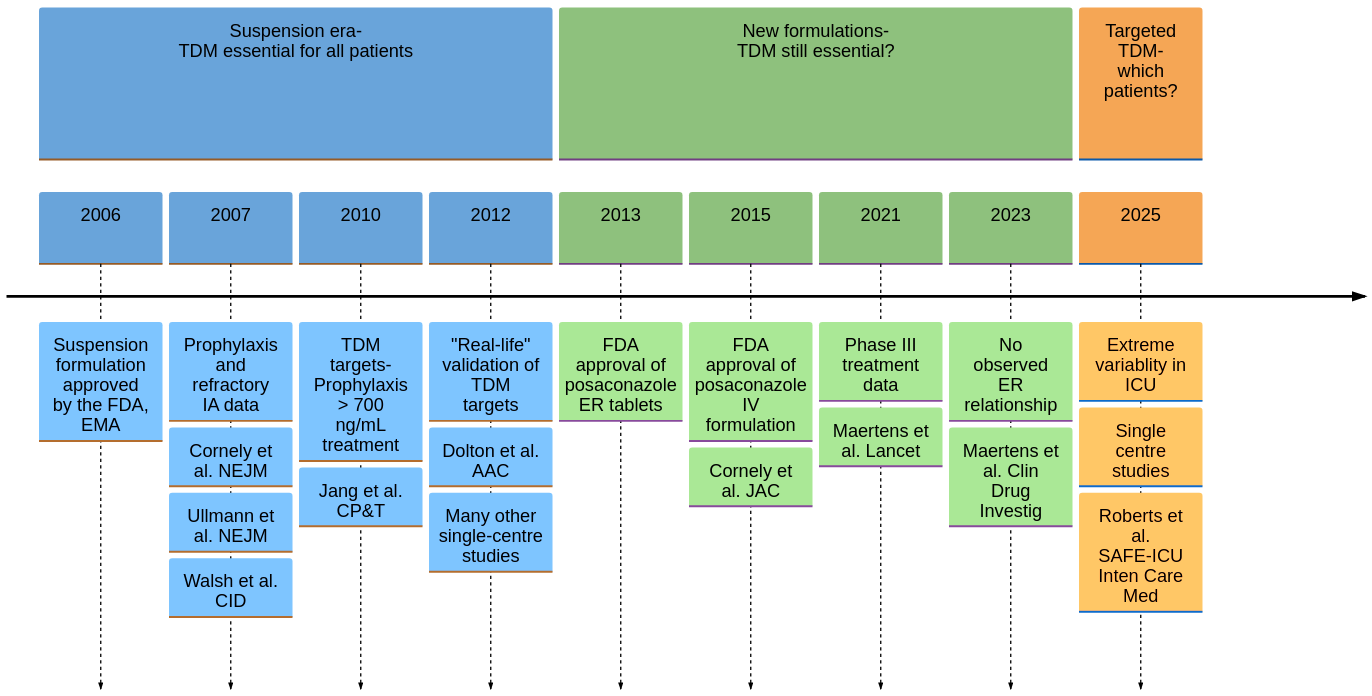
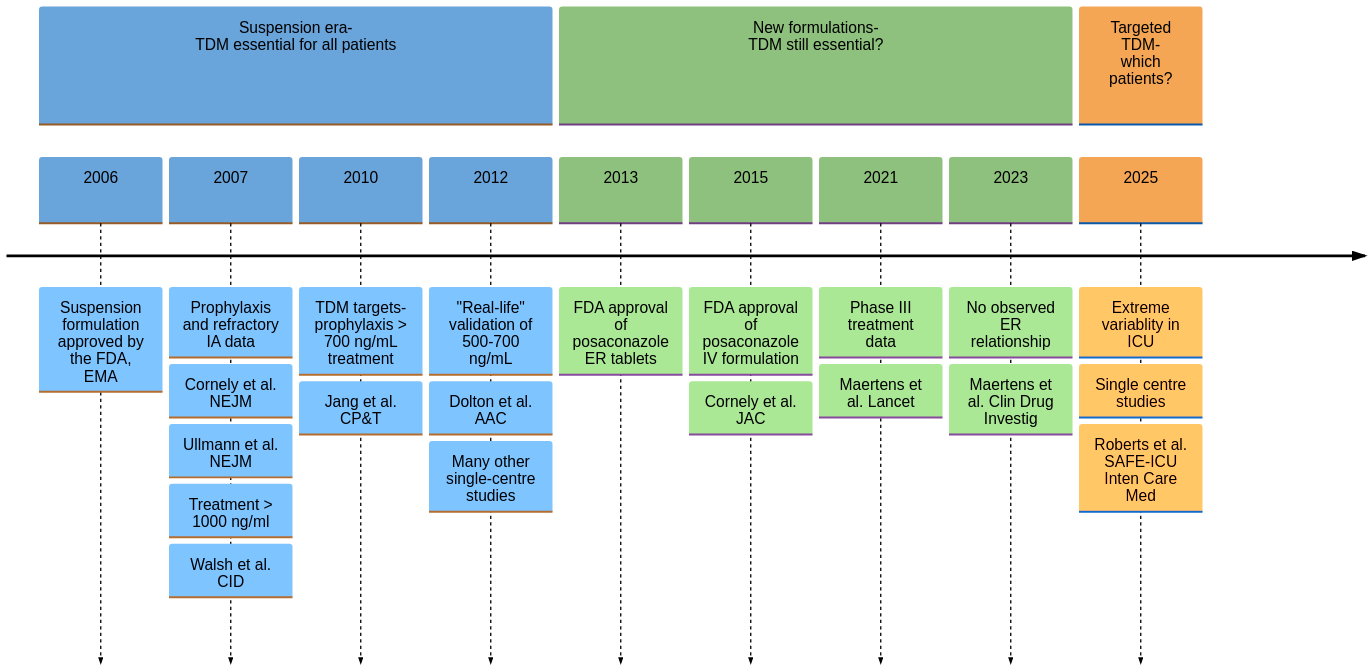
Before and after one commit to Russlewisbo/EPAG: the diagram in Lecture1.qmd, drawn with Mermaid. The commit also changed 2 other files, not shown here.

Commit message:
revision

````diff
--- a/Lecture1.qmd
+++ b/Lecture1.qmd
@@ -52,32 +52,32 @@
 ```{mermaid}
 %%{init: {
     'theme': 'base',
     'themeVariables': {
       'fontFamily': "Arial, sans-serif",
-      'fontSize': '28px',
+      'fontSize': '24px',
       'primaryColor': '#cfe2f3',
       'primaryTextColor': '#000000',
       'primaryBorderColor': '##ffffff',
       'lineColor': '#000000',
       'secondaryColor': '#d9ead3',
       'tertiaryColor': '#fce5cd'
     }
   }
 }%%
 
 
 timeline
 section Suspension era- <br>TDM essential for all patients
   2006: Suspension formulation approved by the FDA, EMA
-  2007: Prophylaxis and refractory IA data: Cornely et al. NEJM: Ullmann et al. NEJM: Walsh et al. CID 
-  2010: TDM targets- Prophylaxis > 700 ng/mL treatment: Jang et al. CP&T 
-  2012: "Real-life" validation of TDM targets: Dolton et al. AAC: Many other single-centre studies
+  2007: Prophylaxis and refractory IA data: Cornely et al. NEJM: Ullmann et al. NEJM: Treatment > 1000 ng/ml: Walsh et al. CID 
+  2010: TDM targets- prophylaxis > 700 ng/mL treatment: Jang et al. CP&T 
+  2012: "Real-life" validation of 500-700 ng/mL: Dolton et al. AAC: Many other single-centre studies
 section New formulations- <br> TDM still essential?
   2013: FDA approval of posaconazole ER tablets 
   2015: FDA approval of posaconazole IV formulation: Cornely et al. JAC
   2021: Phase III treatment data: Maertens et al. Lancet 
   2023: No observed ER relationship: Maertens et al. Clin Drug Investig
 section Targeted TDM- <br> which patients?
   2025: Extreme variablity in ICU : Single centre studies : Roberts et al. <br> SAFE-ICU <br> Inten Care Med
   
 ```
````
